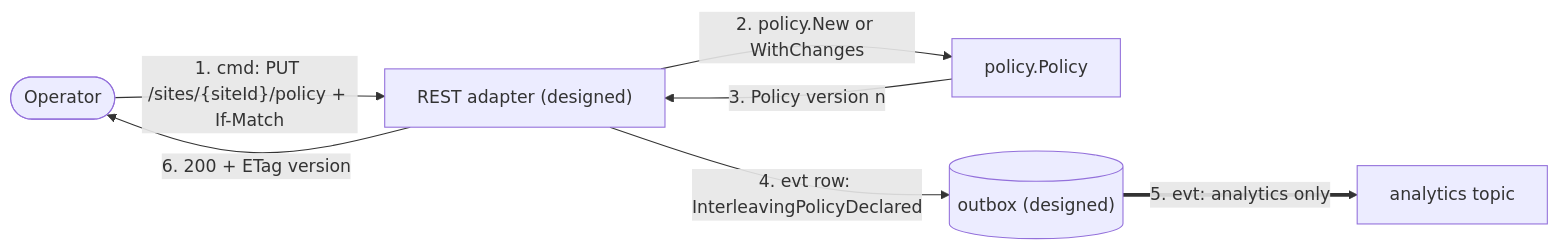
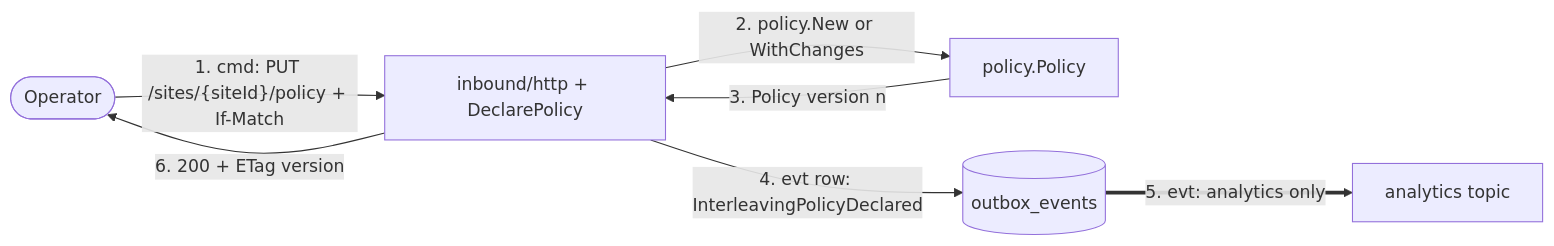
Before and after one commit to IQVO/task-interleaving: the first of 5 diagrams in docs/docs/ddd/domain-message-flow.md, drawn with Mermaid. The commit also changed other lines of this file and 15 other files, not shown here.

````diff
--- a/docs/docs/ddd/domain-message-flow.md
+++ b/docs/docs/ddd/domain-message-flow.md
@@ -19,14 +21,14 @@
 ```mermaid
 flowchart LR
     op(["Operator"])
-    api["REST adapter (designed)"]
+    api["inbound/http + DeclarePolicy"]
     pol["policy.Policy"]
-    ob[("outbox (designed)")]
+    ob[("outbox_events")]
     an["analytics topic"]
     op -->|"1. cmd: PUT /sites/{siteId}/policy + If-Match"| api
     api -->|"2. policy.New or WithChanges"| pol
     pol -->|"3. Policy version n"| api
     api -->|"4. evt row: InterleavingPolicyDeclared"| ob
     ob ==>|"5. evt: analytics only"| an
     api -->|"6. 200 + ETag version"| op
 ```
````
